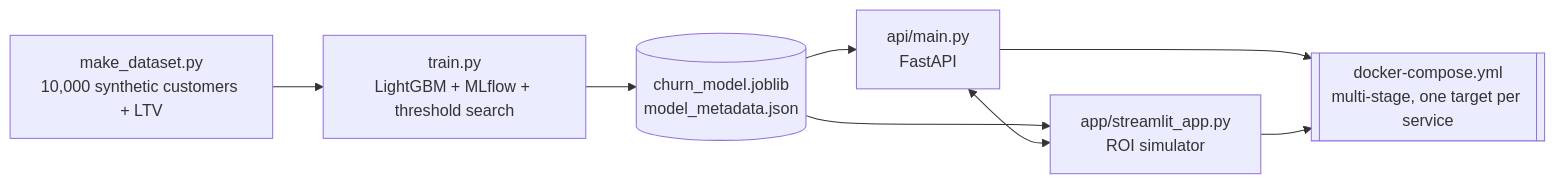
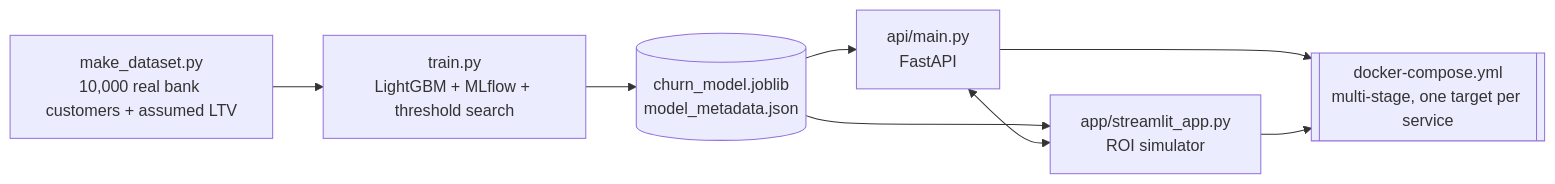
One commit to Rxyxs/customer-churn-mlops-platform changed the diagram in README.md. Above: the diagram before and after it, drawn with Mermaid. The commit also changed other lines of this file and 19 other files, not shown here.

First line of the commit message:
Move churn platform to real bank customer data

````diff
--- a/README.md
+++ b/README.md
@@ -34,10 +37,10 @@
 ```mermaid
 flowchart LR
-    A[make_dataset.py<br/>10,000 synthetic customers + LTV] --> B["train.py<br/>LightGBM + MLflow + threshold search"]
+    A[make_dataset.py<br/>10,000 real bank customers + assumed LTV] --> B["train.py<br/>LightGBM + MLflow + threshold search"]
     B --> C[(churn_model.joblib<br/>model_metadata.json)]
     C --> D["api/main.py<br/>FastAPI"]
     C --> E["app/streamlit_app.py<br/>ROI simulator"]
     D <--> E
     D --> F[[docker-compose.yml<br/>multi-stage, one target per service]]
     E --> F
 ```
````
